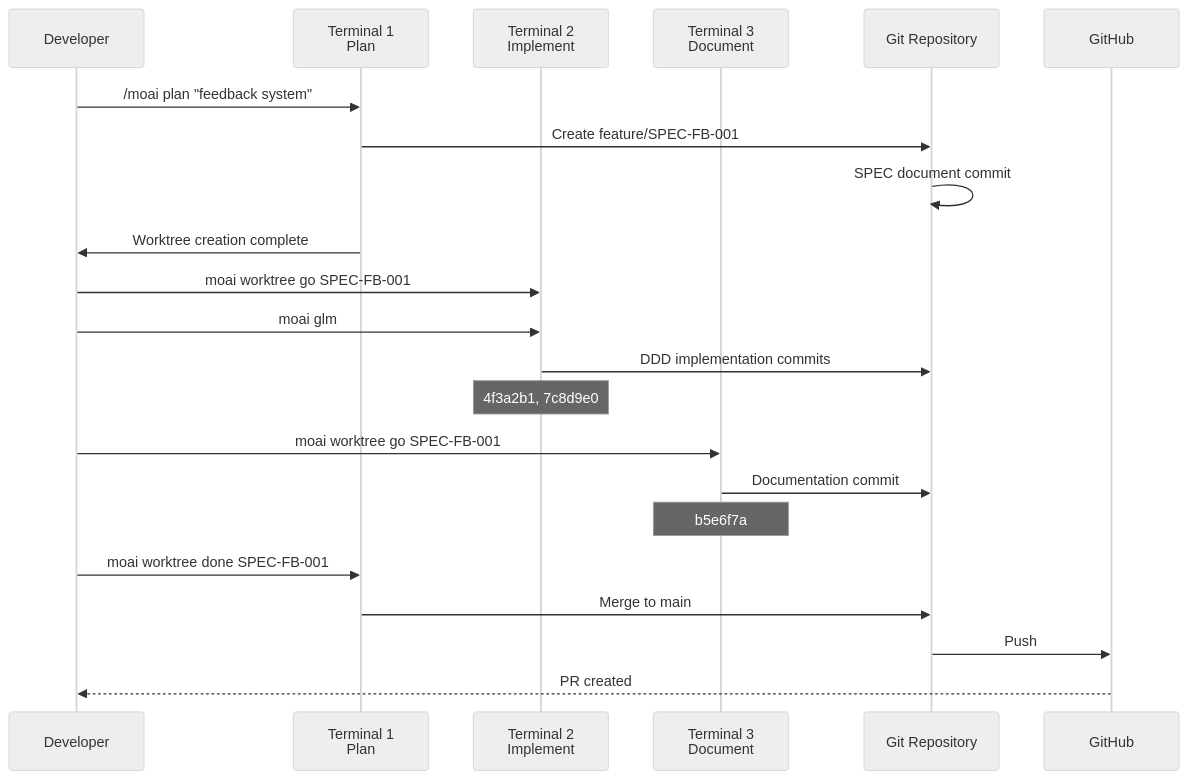
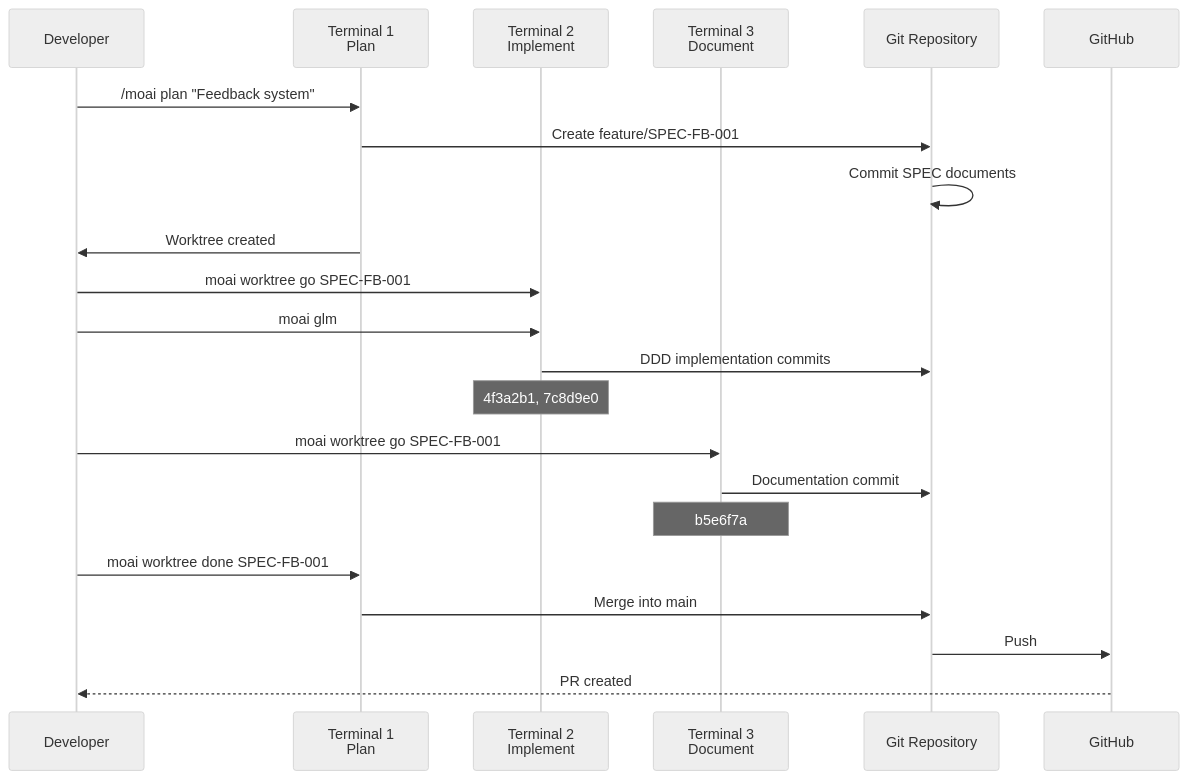
One commit to gabrielmoreira/agent-skills-mirror changed the fourth of 4 diagrams in mirrors/repos/modu-ai@moai-adk/docs-site/content/en/worktree/examples.md. Above: the diagram before and after it, drawn with Mermaid (neutral theme). The commit also changed other lines of this file and 2470 other files, not shown here.

````diff
--- a/mirrors/repos/modu-ai@moai-adk/docs-site/content/en/worktree/examples.md
+++ b/mirrors/repos/modu-ai@moai-adk/docs-site/content/en/worktree/examples.md
@@ -483,28 +491,28 @@
 ```mermaid
 sequenceDiagram
     participant Dev as Developer
     participant T1 as Terminal 1<br/>Plan
     participant T2 as Terminal 2<br/>Implement
     participant T3 as Terminal 3<br/>Document
     participant Git as Git Repository
     participant Remote as GitHub
 
-    Dev->>T1: /moai plan "feedback system"
+    Dev->>T1: /moai plan "Feedback system"
     T1->>Git: Create feature/SPEC-FB-001
-    Git->>Git: SPEC document commit
-    T1->>Dev: Worktree creation complete
+    Git->>Git: Commit SPEC documents
+    T1->>Dev: Worktree created
 
     Dev->>T2: moai worktree go SPEC-FB-001
     Dev->>T2: moai glm
     T2->>Git: DDD implementation commits
     Note over T2: 4f3a2b1, 7c8d9e0
 
     Dev->>T3: moai worktree go SPEC-FB-001
     T3->>Git: Documentation commit
     Note over T3: b5e6f7a
 
     Dev->>T1: moai worktree done SPEC-FB-001
-    T1->>Git: Merge to main
+    T1->>Git: Merge into main
     Git->>Remote: Push
     Remote-->>Dev: PR created
 ```
````
